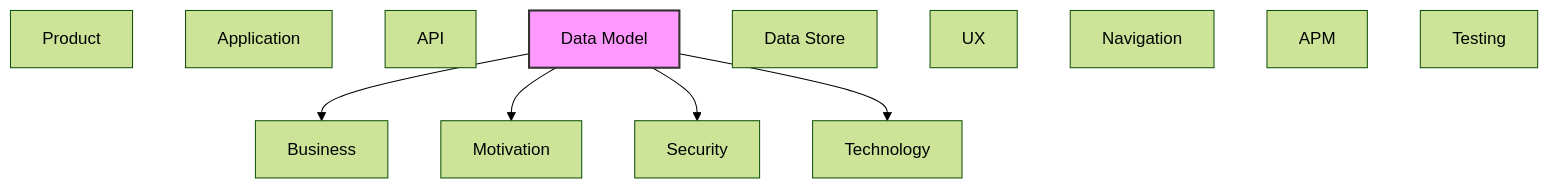
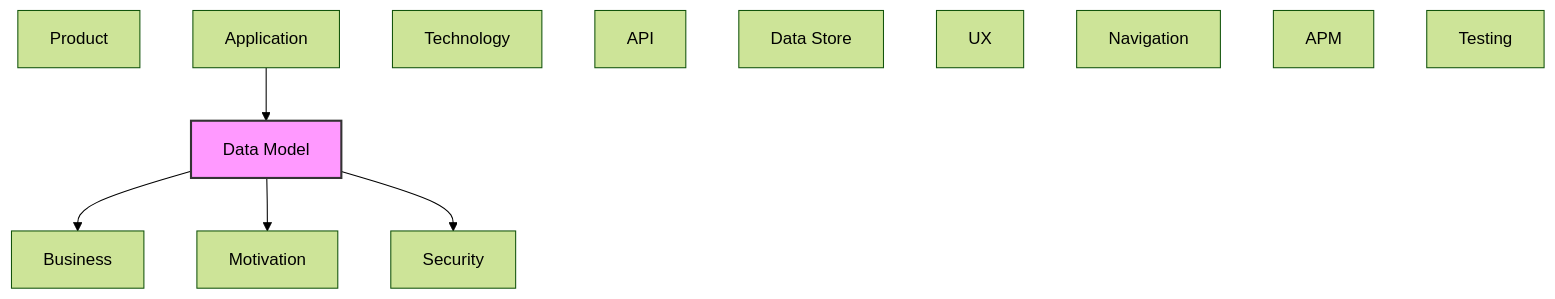
One commit to tinkermonkey/documentation_robotics_viewer changed the second of 2 diagrams in documentation-robotics/reports/08-data-model-layer-report.md. Above: the diagram before and after it, drawn with Mermaid (forest theme). The commit also changed other lines of this file and 39 other files, not shown here.

````diff
--- a/documentation-robotics/reports/08-data-model-layer-report.md
+++ b/documentation-robotics/reports/08-data-model-layer-report.md
@@ -76,22 +77,22 @@
 ```mermaid
 flowchart TB
   classDef current fill:#f9f,stroke:#333,stroke-width:2px
   motivation["Motivation"]
   business["Business"]
   product["Product"]
   security["Security"]
   application["Application"]
   technology["Technology"]
   api["API"]
   data_model["Data Model"]
   data_store["Data Store"]
   ux["UX"]
   navigation["Navigation"]
   apm["APM"]
   testing["Testing"]
+  application --> data_model
   data_model --> business
   data_model --> motivation
   data_model --> security
-  data_model --> technology
   class data_model current
 ```
````
